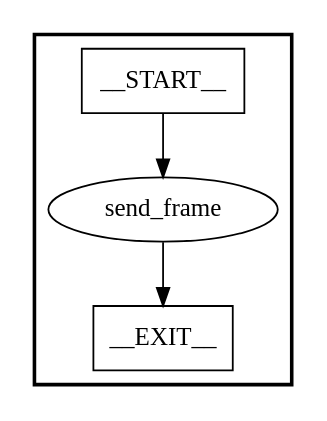
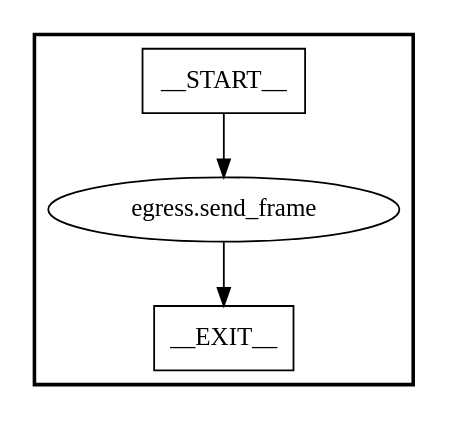
One commit to jafingerhut/p4-guide changed the diagram in demo2/graphs/egress.dot. Above: the diagram before and after it, drawn with Graphviz. The commit also changed 32 other files, not shown here.

Commit message:
Update .dot and .png graphs to those generated with p4c-graphs of 2018-Oct-20

```diff
--- a/demo2/graphs/egress.dot
+++ b/demo2/graphs/egress.dot
@@ -1,11 +1,11 @@
 digraph egress {
 subgraph cluster {
 graph [
 label="", labeljust=r, style=bold];
 0[label=__START__, margin="", shape=rectangle, style=solid];
 1[label=__EXIT__, margin="", shape=rectangle, style=solid];
-2[label=send_frame, margin="", shape=ellipse, style=solid];
+2[label="egress.send_frame", margin="", shape=ellipse, style=solid];
 0 -> 2[label=""];
 2 -> 1[label=""];
 }
 }
```
